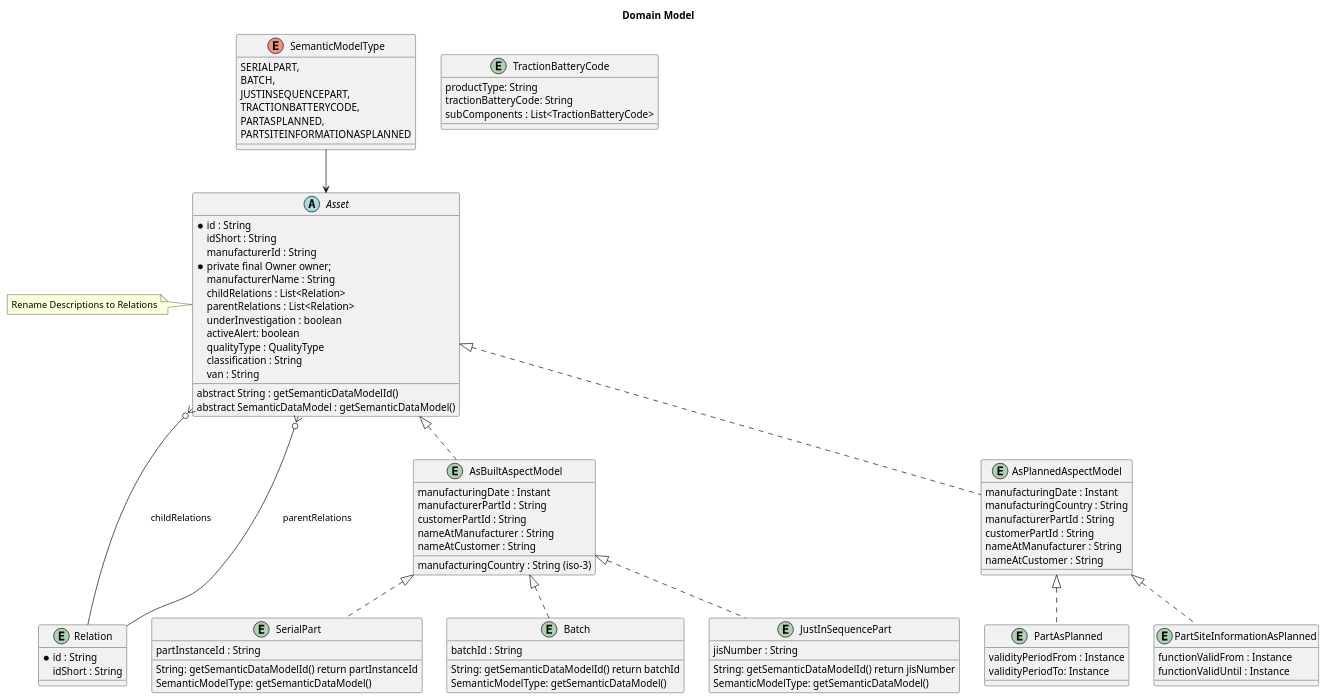
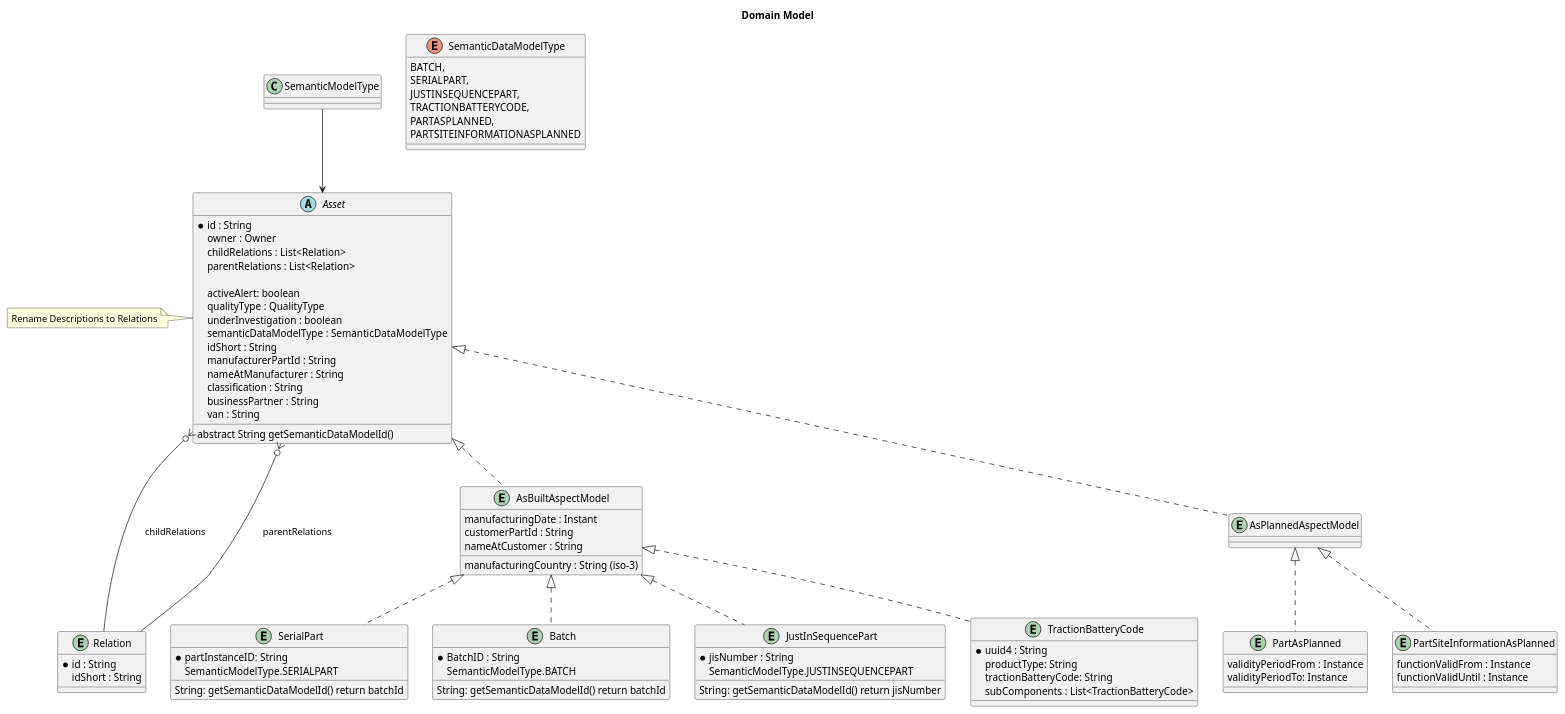
One commit to eclipse-tractusx/traceability-foss changed the diagram in docs/src/uml-diagrams/concept/TRACEFOSS-1423/domain-model.puml. Above: the diagram before and after it, drawn with PlantUML.

Commit message:
fix(diagram):[TRACEFOSS-1423] Update to latest version of sem models

```diff
--- a/docs/src/uml-diagrams/concept/TRACEFOSS-1423/domain-model.puml
+++ b/docs/src/uml-diagrams/concept/TRACEFOSS-1423/domain-model.puml
@@ -1,115 +1,112 @@
 @startuml
 
 title: Domain Model
 
 
 abstract Asset {
         *   id : String
-        idShort : String
-        manufacturerId : String
-        * private final Owner owner;
-        manufacturerName : String
+        owner : Owner
         childRelations : List<Relation>
         parentRelations : List<Relation>
-        underInvestigation : boolean
+
         activeAlert: boolean
         qualityType : QualityType
-        classification : String
+        underInvestigation : boolean
+        semanticDataModelType : SemanticDataModelType
+        idShort : String
+        manufacturerPartId : String /' partTypeInformation.manufacturerPartId '/
+        nameAtManufacturer : String /' partTypeInformation.nameAtManufacturer '/
+        classification : String /' partTypeInformation.classification '/
+        businessPartner : String /' BusinessPartner '/
+        abstract String getSemanticDataModelId()
         van : String
-        abstract String : getSemanticDataModelId()
-        abstract SemanticDataModel : getSemanticDataModel()
+
 }
+
 note left
     Rename Descriptions to Relations
 end note
-
 
 entity Relation {
        *   id : String
        idShort : String
 }
 
-enum SemanticModelType {
+enum SemanticDataModelType {
+    BATCH,
     SERIALPART,
-    BATCH,
     JUSTINSEQUENCEPART,
     TRACTIONBATTERYCODE,
     PARTASPLANNED,
     PARTSITEINFORMATIONASPLANNED
 }
 
 
 entity AsBuiltAspectModel {
-        manufacturingDate : Instant
-        manufacturingCountry : String (iso-3)
-        manufacturerPartId : String
-        customerPartId : String
-        nameAtManufacturer : String
-        nameAtCustomer : String
+    manufacturingDate : Instant
+    manufacturingCountry : String (iso-3)
+    customerPartId : String
+    nameAtCustomer : String
 }
 
 entity SerialPart {
-     partInstanceId : String
-     String: getSemanticDataModelId() return partInstanceId
-     SemanticModelType: getSemanticDataModel()
+       * partInstanceID: String
+       String: getSemanticDataModelId() return batchId
+       SemanticModelType.SERIALPART
 }
 
 entity Batch {
-     batchId : String
+     * BatchID : String
      String: getSemanticDataModelId() return batchId
-     SemanticModelType: getSemanticDataModel()
+     SemanticModelType.BATCH
 }
 
 entity JustInSequencePart {
-     jisNumber : String
+     * jisNumber : String
      String: getSemanticDataModelId() return jisNumber
-     SemanticModelType: getSemanticDataModel()
+     SemanticModelType.JUSTINSEQUENCEPART
 }
 
 entity TractionBatteryCode {
+    * uuid4 : String /' UUID ID '/
     productType: String
     tractionBatteryCode: String
     subComponents : List<TractionBatteryCode>
 }
 
 entity PartAsPlanned {
 /'
     1.0.0
 '/
     validityPeriodFrom : Instance
     validityPeriodTo: Instance
 }
 
 entity PartSiteInformationAsPlanned {
 /'
     1.0.0
     Currently this is not ready for implementing - there is no specification right now.
 '/
     functionValidFrom : Instance
     functionValidUntil : Instance
 }
 
 entity AsPlannedAspectModel {
-        manufacturingDate : Instant
-        manufacturingCountry : String
-        manufacturerPartId : String
-        customerPartId : String
-        nameAtManufacturer : String
-        nameAtCustomer : String
 }
 
 SemanticModelType --> Asset
 Asset <|.. AsBuiltAspectModel
 Asset <|.. AsPlannedAspectModel
 
 AsBuiltAspectModel <|.. Batch
 AsBuiltAspectModel <|.. SerialPart
 AsBuiltAspectModel <|.. JustInSequencePart
+AsBuiltAspectModel <|.. TractionBatteryCode
 
 AsPlannedAspectModel <|.. PartAsPlanned
 AsPlannedAspectModel <|.. PartSiteInformationAsPlanned
 
 Asset }o--- Relation : childRelations
 Asset }o---  Relation : parentRelations
 
 @enduml
```
